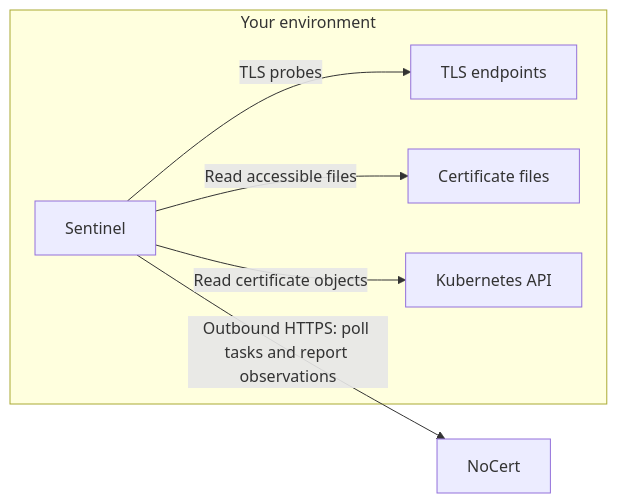
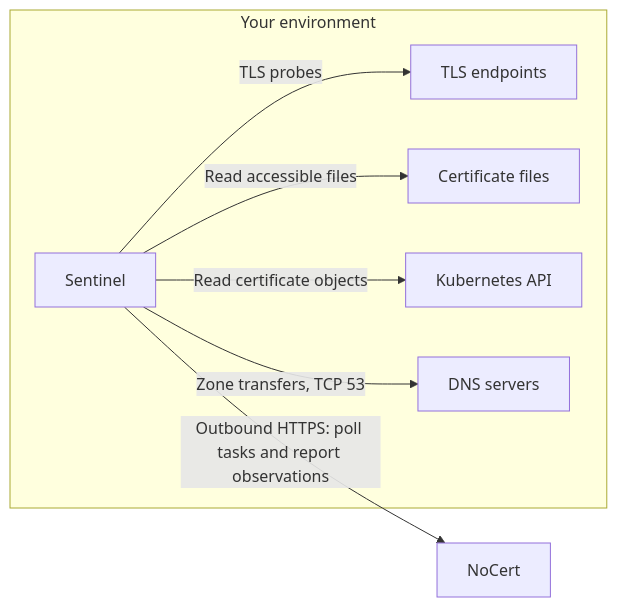
Before and after one commit to nocertio/sentinel: the diagram in docs/data-collection.md, drawn with Mermaid. The commit also changed other lines of this file and 89 other files, not shown here.

````diff
--- a/docs/data-collection.md
+++ b/docs/data-collection.md
@@ -22,13 +23,15 @@
 ```mermaid
 flowchart LR
     subgraph Local[Your environment]
         Network[TLS endpoints]
         Files[Certificate files]
         Kubernetes[Kubernetes API]
+        DNS[DNS servers]
         Agent[Sentinel]
         Agent -->|TLS probes| Network
         Agent -->|Read accessible files| Files
         Agent -->|Read certificate objects| Kubernetes
+        Agent -->|Zone transfers, TCP 53| DNS
     end
     Agent -->|Outbound HTTPS: poll tasks and report observations| Cloud[NoCert]
 ```
````
